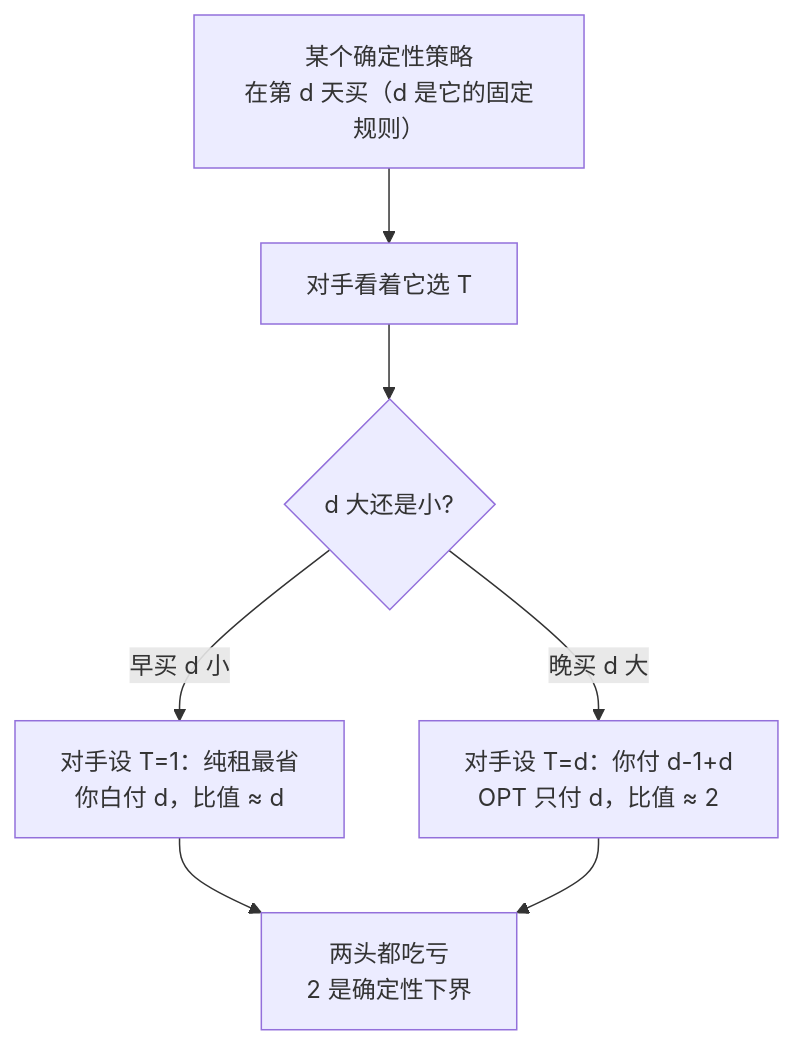
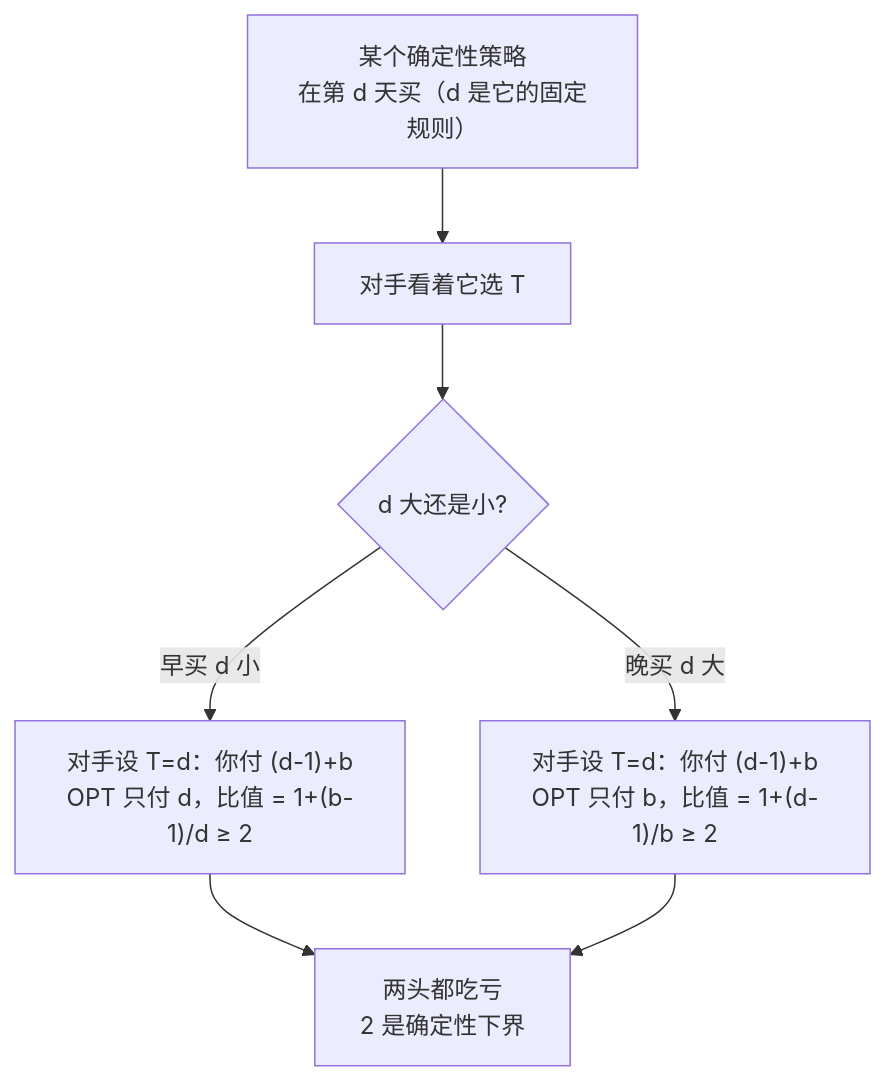
Before and after one commit to xhongduo-tech/xhongduo-tech.github.io: the second of 2 diagrams in docs/cs/ski-rental.md, drawn with Mermaid. The commit also changed 2 other files, not shown here.

Commit message:
Content review cs-266: the ski-rental adversary sets the break-even day in both branches, the secretary integral multiplies by the sampling ratio to peak at one over e, and Christofides' two matchings are bounded by the optimum rather than equal to it.

````diff
--- a/docs/cs/ski-rental.md
+++ b/docs/cs/ski-rental.md
@@ -53,9 +53,9 @@
 ```mermaid
 flowchart TD
   P["某个确定性策略<br>在第 d 天买（d 是它的固定规则）"] --> ADV["对手看着它选 T"]
   ADV --> Q1{"d 大还是小?"}
-  Q1 -- "早买 d 小" --> T1["对手设 T=1：纯租最省<br>你白付 d，比值 ≈ d"]
-  Q1 -- "晚买 d 大" --> T2["对手设 T=d：你付 d-1+d<br>OPT 只付 d，比值 ≈ 2"]
+  Q1 -- "早买 d 小" --> T1["对手设 T=d：你付 (d-1)+b<br>OPT 只付 d，比值 = 1+(b-1)/d ≥ 2"]
+  Q1 -- "晚买 d 大" --> T2["对手设 T=d：你付 (d-1)+b<br>OPT 只付 b，比值 = 1+(d-1)/b ≥ 2"]
   T1 --> LIM["两头都吃亏<br>2 是确定性下界"]
   T2 --> LIM
 ```
````
